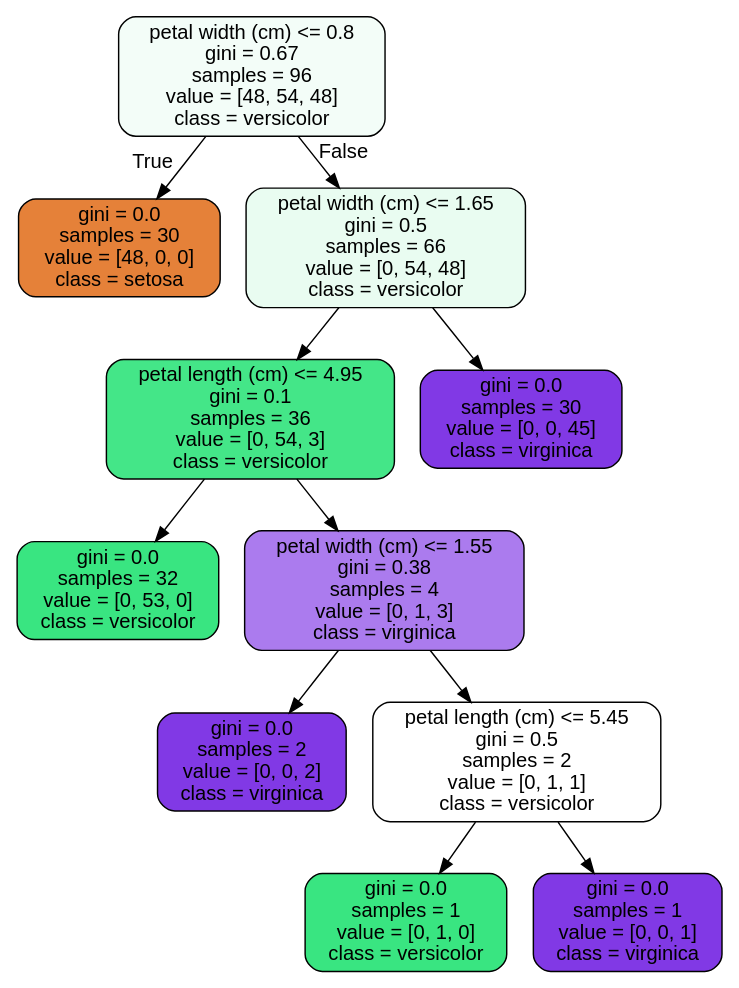
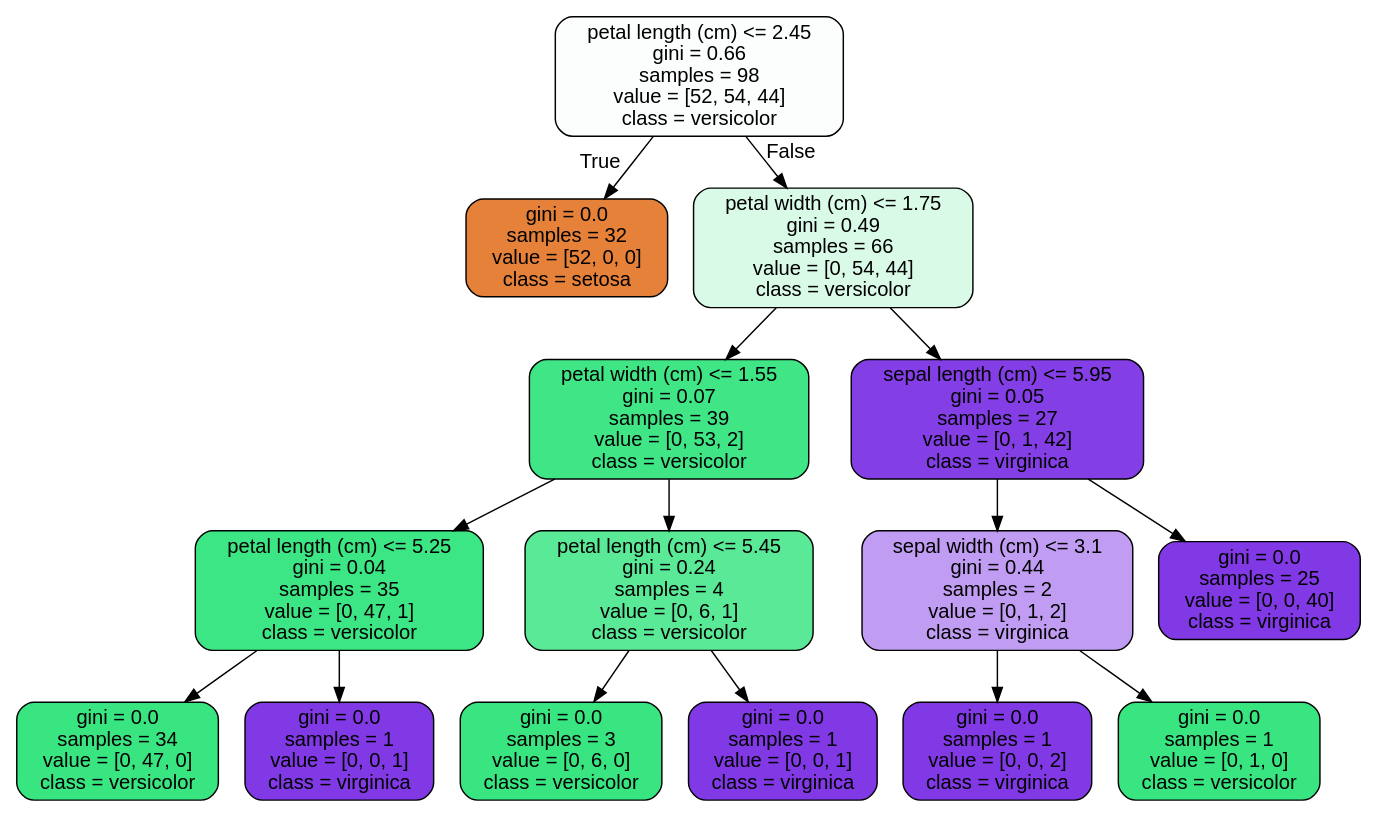
One commit to akshatgarg7/springboard_random_forest changed the diagram in tree.dot. Above: the diagram before and after it, drawn with Graphviz. The commit also changed 2 other files, not shown here.

```diff
--- a/tree.dot
+++ b/tree.dot
@@ -1,25 +1,33 @@
 digraph Tree {
 node [shape=box, style="filled, rounded", color="black", fontname="helvetica"] ;
 edge [fontname="helvetica"] ;
-0 [label="petal width (cm) <= 0.8\ngini = 0.67\nsamples = 96\nvalue = [48, 54, 48]\nclass = versicolor", fillcolor="#f3fdf8"] ;
-1 [label="gini = 0.0\nsamples = 30\nvalue = [48, 0, 0]\nclass = setosa", fillcolor="#e58139"] ;
+0 [label="petal length (cm) <= 2.45\ngini = 0.66\nsamples = 98\nvalue = [52, 54, 44]\nclass = versicolor", fillcolor="#fbfefc"] ;
+1 [label="gini = 0.0\nsamples = 32\nvalue = [52, 0, 0]\nclass = setosa", fillcolor="#e58139"] ;
 0 -> 1 [labeldistance=2.5, labelangle=45, headlabel="True"] ;
-2 [label="petal width (cm) <= 1.65\ngini = 0.5\nsamples = 66\nvalue = [0, 54, 48]\nclass = versicolor", fillcolor="#e9fcf1"] ;
+2 [label="petal width (cm) <= 1.75\ngini = 0.49\nsamples = 66\nvalue = [0, 54, 44]\nclass = versicolor", fillcolor="#dafae8"] ;
 0 -> 2 [labeldistance=2.5, labelangle=-45, headlabel="False"] ;
-3 [label="petal length (cm) <= 4.95\ngini = 0.1\nsamples = 36\nvalue = [0, 54, 3]\nclass = versicolor", fillcolor="#44e688"] ;
+3 [label="petal width (cm) <= 1.55\ngini = 0.07\nsamples = 39\nvalue = [0, 53, 2]\nclass = versicolor", fillcolor="#40e686"] ;
 2 -> 3 ;
-4 [label="gini = 0.0\nsamples = 32\nvalue = [0, 53, 0]\nclass = versicolor", fillcolor="#39e581"] ;
+4 [label="petal length (cm) <= 5.25\ngini = 0.04\nsamples = 35\nvalue = [0, 47, 1]\nclass = versicolor", fillcolor="#3de684"] ;
 3 -> 4 ;
-5 [label="petal width (cm) <= 1.55\ngini = 0.38\nsamples = 4\nvalue = [0, 1, 3]\nclass = virginica", fillcolor="#ab7bee"] ;
-3 -> 5 ;
-6 [label="gini = 0.0\nsamples = 2\nvalue = [0, 0, 2]\nclass = virginica", fillcolor="#8139e5"] ;
-5 -> 6 ;
-7 [label="petal length (cm) <= 5.45\ngini = 0.5\nsamples = 2\nvalue = [0, 1, 1]\nclass = versicolor", fillcolor="#ffffff"] ;
-5 -> 7 ;
-8 [label="gini = 0.0\nsamples = 1\nvalue = [0, 1, 0]\nclass = versicolor", fillcolor="#39e581"] ;
+5 [label="gini = 0.0\nsamples = 34\nvalue = [0, 47, 0]\nclass = versicolor", fillcolor="#39e581"] ;
+4 -> 5 ;
+6 [label="gini = 0.0\nsamples = 1\nvalue = [0, 0, 1]\nclass = virginica", fillcolor="#8139e5"] ;
+4 -> 6 ;
+7 [label="petal length (cm) <= 5.45\ngini = 0.24\nsamples = 4\nvalue = [0, 6, 1]\nclass = versicolor", fillcolor="#5ae996"] ;
+3 -> 7 ;
+8 [label="gini = 0.0\nsamples = 3\nvalue = [0, 6, 0]\nclass = versicolor", fillcolor="#39e581"] ;
 7 -> 8 ;
 9 [label="gini = 0.0\nsamples = 1\nvalue = [0, 0, 1]\nclass = virginica", fillcolor="#8139e5"] ;
 7 -> 9 ;
-10 [label="gini = 0.0\nsamples = 30\nvalue = [0, 0, 45]\nclass = virginica", fillcolor="#8139e5"] ;
+10 [label="sepal length (cm) <= 5.95\ngini = 0.05\nsamples = 27\nvalue = [0, 1, 42]\nclass = virginica", fillcolor="#843ee6"] ;
 2 -> 10 ;
+11 [label="sepal width (cm) <= 3.1\ngini = 0.44\nsamples = 2\nvalue = [0, 1, 2]\nclass = virginica", fillcolor="#c09cf2"] ;
+10 -> 11 ;
+12 [label="gini = 0.0\nsamples = 1\nvalue = [0, 0, 2]\nclass = virginica", fillcolor="#8139e5"] ;
+11 -> 12 ;
+13 [label="gini = 0.0\nsamples = 1\nvalue = [0, 1, 0]\nclass = versicolor", fillcolor="#39e581"] ;
+11 -> 13 ;
+14 [label="gini = 0.0\nsamples = 25\nvalue = [0, 0, 40]\nclass = virginica", fillcolor="#8139e5"] ;
+10 -> 14 ;
 }
```
